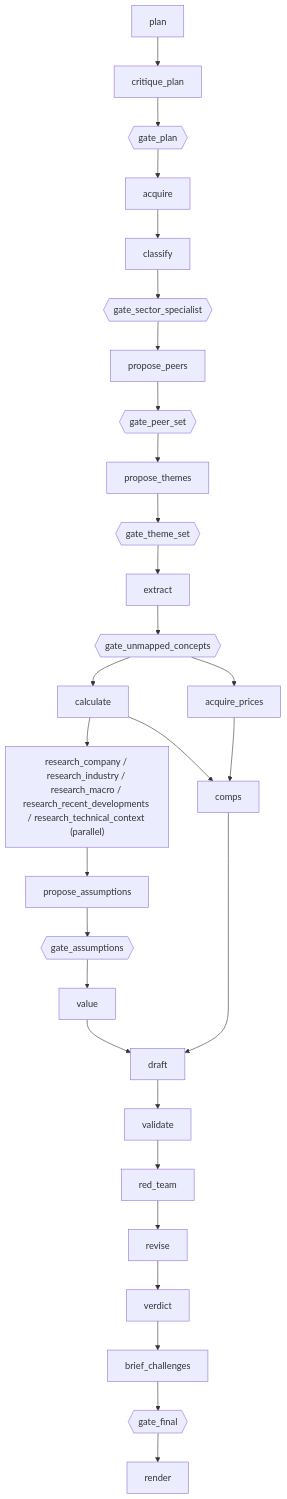
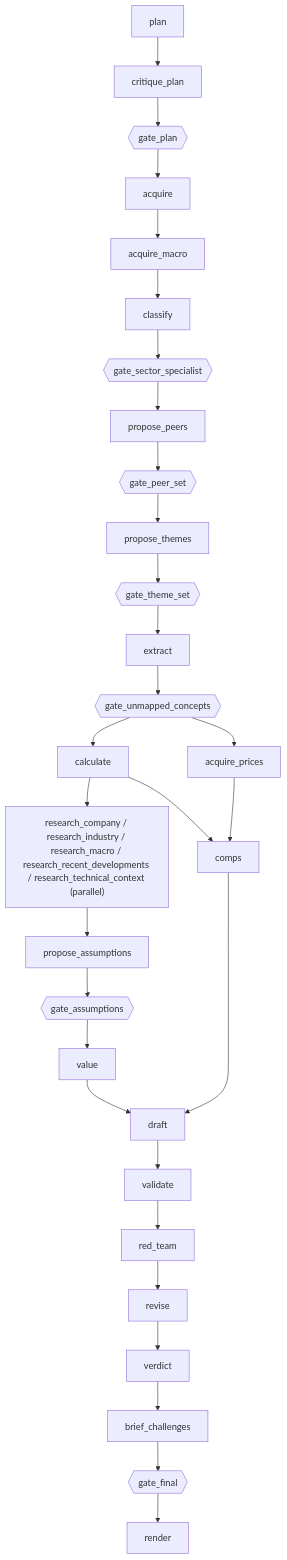
Before and after one commit to rzeminski16-cell/AgeanticInvestmentPlatform: the first of 2 diagrams in docs/developers/knowledge-map.md, drawn with Mermaid. The commit also changed other lines of this file and 17 other files, not shown here.

````diff
--- a/docs/developers/knowledge-map.md
+++ b/docs/developers/knowledge-map.md
@@ -54,20 +54,20 @@
 ```mermaid
 flowchart TD
     plan --> critique_plan --> gate_plan{{gate_plan}}
-    gate_plan --> acquire --> classify
+    gate_plan --> acquire --> acquire_macro --> classify
     classify --> gate_sector_specialist{{gate_sector_specialist}}
     gate_sector_specialist --> propose_peers --> gate_peer_set{{gate_peer_set}}
     gate_peer_set --> propose_themes --> gate_theme_set{{gate_theme_set}}
     gate_theme_set --> extract
     extract --> gate_unmapped_concepts{{gate_unmapped_concepts}}
     gate_unmapped_concepts --> acquire_prices
     gate_unmapped_concepts --> calculate
     calculate --> research["research_company / research_industry / research_macro / research_recent_developments / research_technical_context (parallel)"]
     calculate --> comps
     acquire_prices --> comps
     research --> propose_assumptions --> gate_assumptions{{gate_assumptions}}
     gate_assumptions --> value --> draft
     comps --> draft
     draft --> validate --> red_team --> revise --> verdict --> brief_challenges
     brief_challenges --> gate_final{{gate_final}} --> render
 ```
````
